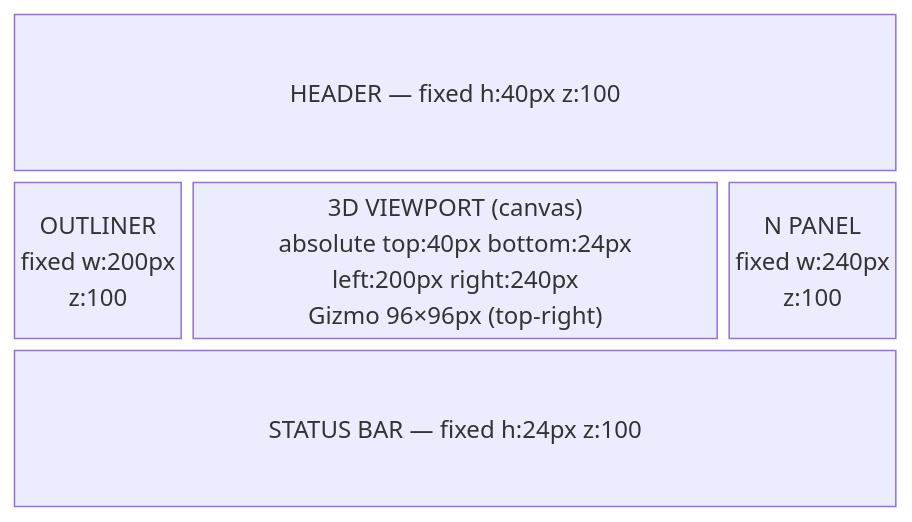
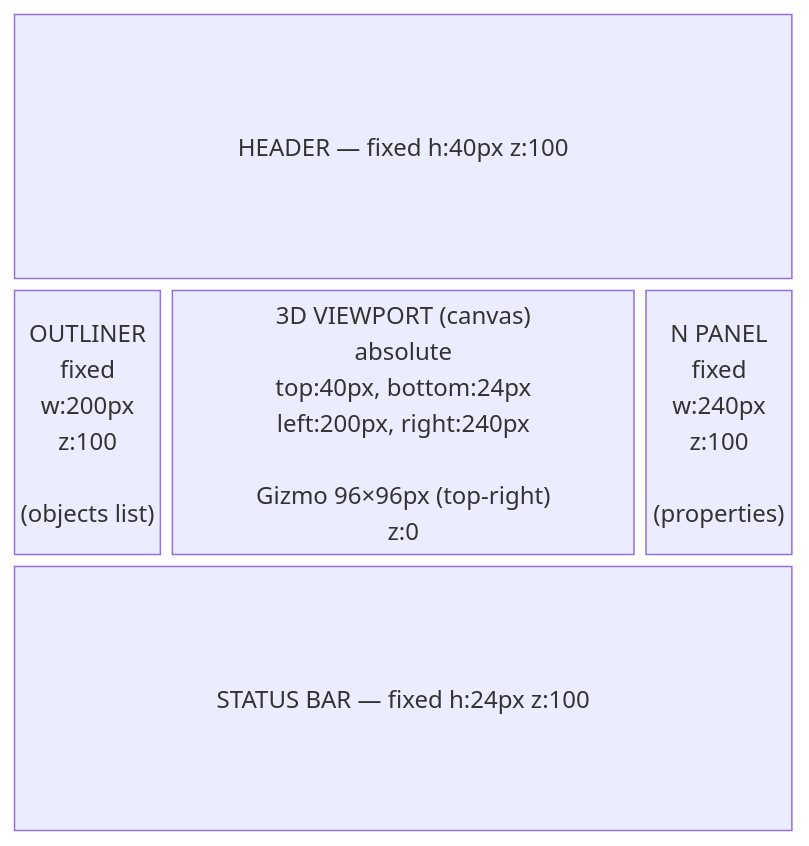
The first of 2 diagrams in docs/LAYOUT_DESIGN.md (yuubae215/easy-extrude), drawn with Mermaid before and after one commit. The commit also changed other lines of this file and 1 other file, not shown here.

First line of the commit message:
docs: increase viewport row height in Mermaid diagrams by adding descriptive content

````diff
--- a/docs/LAYOUT_DESIGN.md
+++ b/docs/LAYOUT_DESIGN.md
@@ -27,7 +27,7 @@
 ```mermaid
 block-beta
   columns 5
   header["HEADER — fixed h:40px z:100"]:5
-  outliner["OUTLINER\nfixed w:200px\nz:100"] viewport["3D VIEWPORT (canvas)\nabsolute top:40px bottom:24px\nleft:200px right:240px\nGizmo 96×96px (top-right)"]:3 npanel["N PANEL\nfixed w:240px\nz:100"]
+  outliner["OUTLINER\nfixed\nw:200px\nz:100\n\n(objects list)"] viewport["3D VIEWPORT (canvas)\nabsolute\ntop:40px, bottom:24px\nleft:200px, right:240px\n\nGizmo 96×96px (top-right)\nz:0"]:3 npanel["N PANEL\nfixed\nw:240px\nz:100\n\n(properties)"]
   statusbar["STATUS BAR — fixed h:24px z:100"]:5
 ```
````
